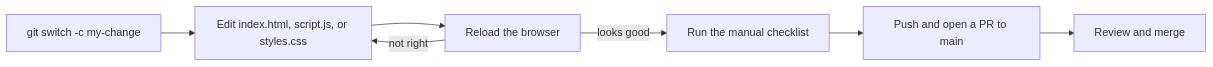
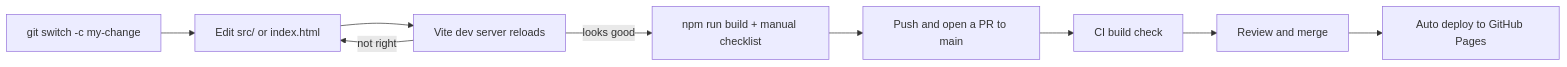
One commit to FranklinP44/ikigai changed the diagram in droid-wiki/how-to-contribute/development-workflow.md. Above: the diagram before and after it, drawn with Mermaid. The commit also changed other lines of this file and 30 other files, not shown here.

First line of the commit message:
docs: refresh wiki for TypeScript + Vite migration

````diff
--- a/droid-wiki/how-to-contribute/development-workflow.md
+++ b/droid-wiki/how-to-contribute/development-workflow.md
@@ -5,9 +5,11 @@
 ```mermaid
 graph LR
-    Branch[git switch -c my-change] --> Edit[Edit index.html, script.js, or styles.css]
-    Edit --> Reload[Reload the browser]
-    Reload -->|not right| Edit
-    Reload -->|looks good| Check[Run the manual checklist]
-    Check --> PR[Push and open a PR to main]
-    PR --> Merge[Review and merge]
+    Branch[git switch -c my-change] --> Edit[Edit src/ or index.html]
+    Edit --> Dev[Vite dev server reloads]
+    Dev -->|not right| Edit
+    Dev -->|looks good| Build[npm run build + manual checklist]
+    Build --> PR[Push and open a PR to main]
+    PR --> CI[CI build check]
+    CI --> Merge[Review and merge]
+    Merge --> Deploy[Auto deploy to GitHub Pages]
 ```
````
